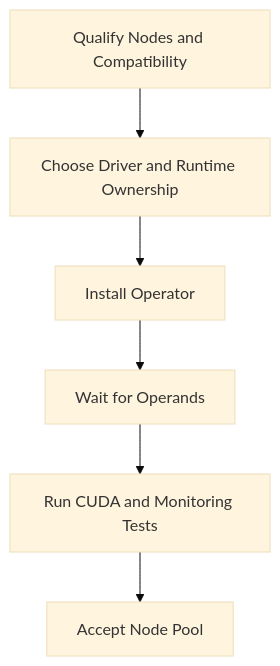
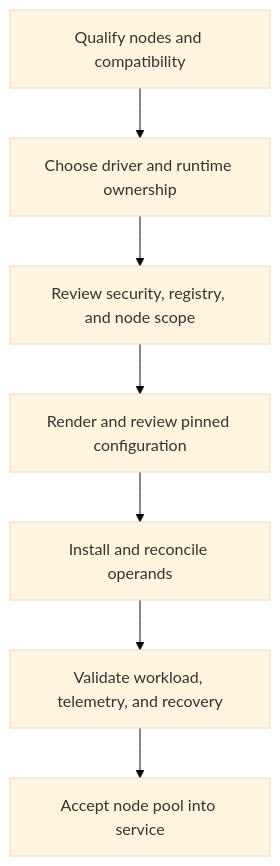
The diagram in docs/nvidia-zero-to-hero/volume-10/chapter-10-production-installation-and-configuration.md (jithinpnjm/nvidia-devops), drawn with Mermaid (base theme) before and after one commit. The commit also changed other lines of this file and 3 other files, not shown here.

````diff
--- a/docs/nvidia-zero-to-hero/volume-10/chapter-10-production-installation-and-configuration.md
+++ b/docs/nvidia-zero-to-hero/volume-10/chapter-10-production-installation-and-configuration.md
@@ -18,10 +20,9 @@
 ```mermaid
 flowchart TD
-    Qualify[Qualify Nodes and Compatibility]
-    Plan[Choose Driver and Runtime Ownership]
-    Install[Install Operator]
-    Reconcile[Wait for Operands]
-    Validate[Run CUDA and Monitoring Tests]
-    Accept[Accept Node Pool]
-    Qualify --> Plan --> Install --> Reconcile --> Validate --> Accept
+    Qualify[Qualify nodes and compatibility] --> Ownership[Choose driver and runtime ownership]
+    Ownership --> Policy[Review security, registry, and node scope]
+    Policy --> Render[Render and review pinned configuration]
+    Render --> Reconcile[Install and reconcile operands]
+    Reconcile --> Accept[Validate workload, telemetry, and recovery]
+    Accept --> Operate[Accept node pool into service]
 ```
````
